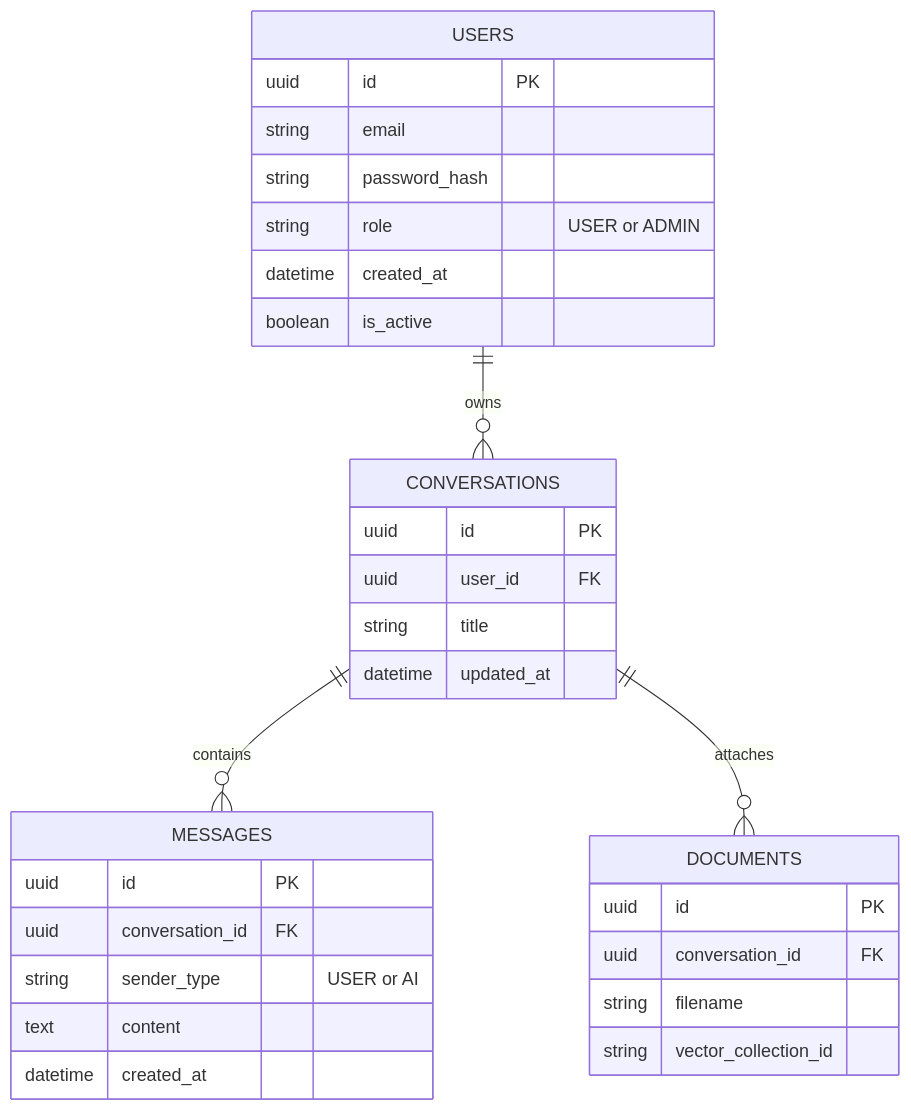
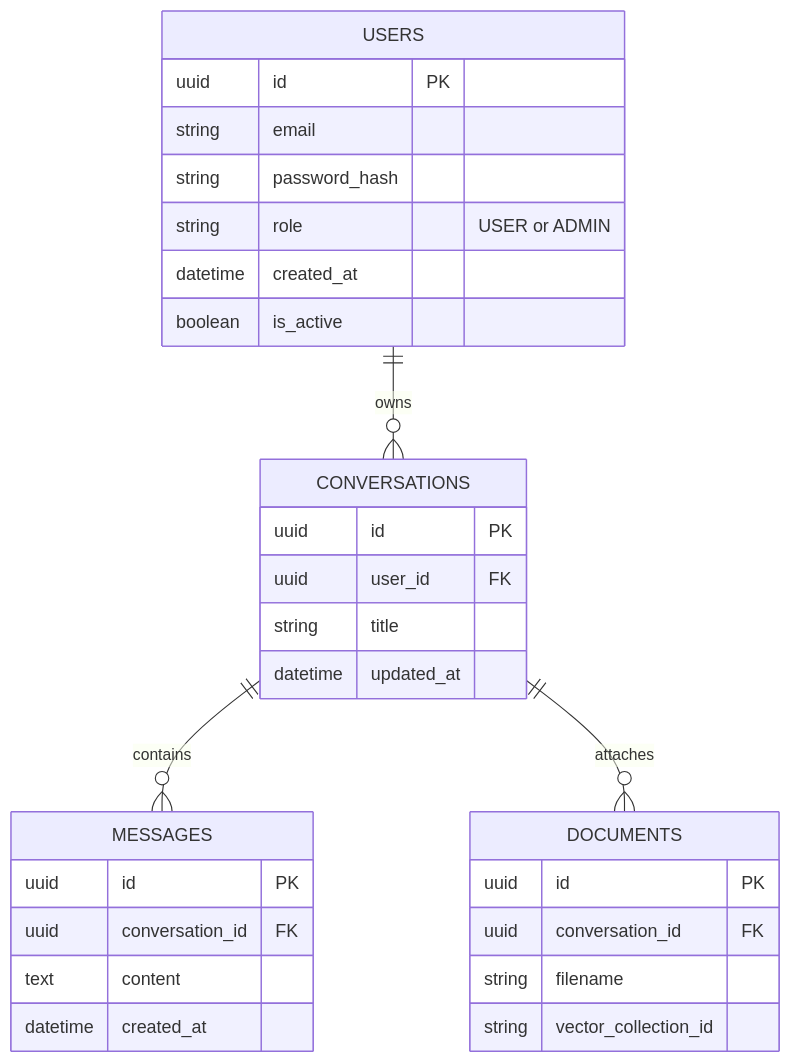
Before and after one commit to kienng221105/Summarize-Vietnamese-Text: the second of 7 diagrams in README.md, drawn with Mermaid. The commit also changed other lines of this file and 42 other files, not shown here.

Commit message:
Update folder structure, remove chat feature, update architecture

````diff
--- a/README.md
+++ b/README.md
@@ -57,65 +38,39 @@
 ```mermaid
-
 erDiagram
 
-  USERS ||--o{ CONVERSATIONS : "owns"
+  USERS ||--o{ CONVERSATIONS : "owns"
 
-  USERS {
+  USERS {
+    uuid id PK
+    string email
+    string password_hash
+    string role "USER or ADMIN"
+    datetime created_at
+    boolean is_active
+  }
 
-    uuid id PK
+  CONVERSATIONS ||--o{ MESSAGES : "contains"
 
-    string email
+  CONVERSATIONS {
+    uuid id PK
+    uuid user_id FK
+    string title
+    datetime updated_at
+  }
 
-    string password_hash
+  MESSAGES {
+    uuid id PK
+    uuid conversation_id FK
+    text content
+    datetime created_at
+  }
 
-    string role "USER or ADMIN"
+  CONVERSATIONS ||--o{ DOCUMENTS : "attaches"
 
-    datetime created_at
-
-    boolean is_active
-
-  }
-
-  CONVERSATIONS ||--o{ MESSAGES : "contains"
-
-  CONVERSATIONS {
-
-    uuid id PK
-
-    uuid user_id FK
-
-    string title
-
-    datetime updated_at
-
-  }
-
-  MESSAGES {
-
-    uuid id PK
-
-    uuid conversation_id FK
-
-    string sender_type "USER or AI"
-
-    text content
-
-    datetime created_at
-
-  }
-
-  CONVERSATIONS ||--o{ DOCUMENTS : "attaches"
-
-  DOCUMENTS {
-
-    uuid id PK
-
-    uuid conversation_id FK
-
-    string filename
-
-    string vector_collection_id
-
-  }
-
+  DOCUMENTS {
+    uuid id PK
+    uuid conversation_id FK
+    string filename
+    string vector_collection_id
+  }
 ```
````
